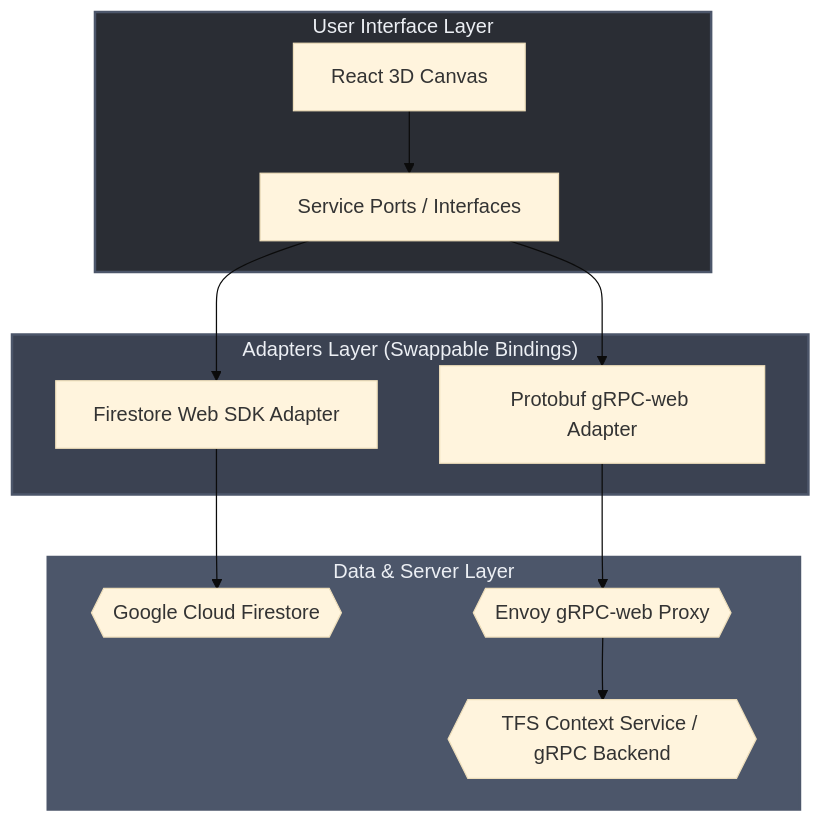
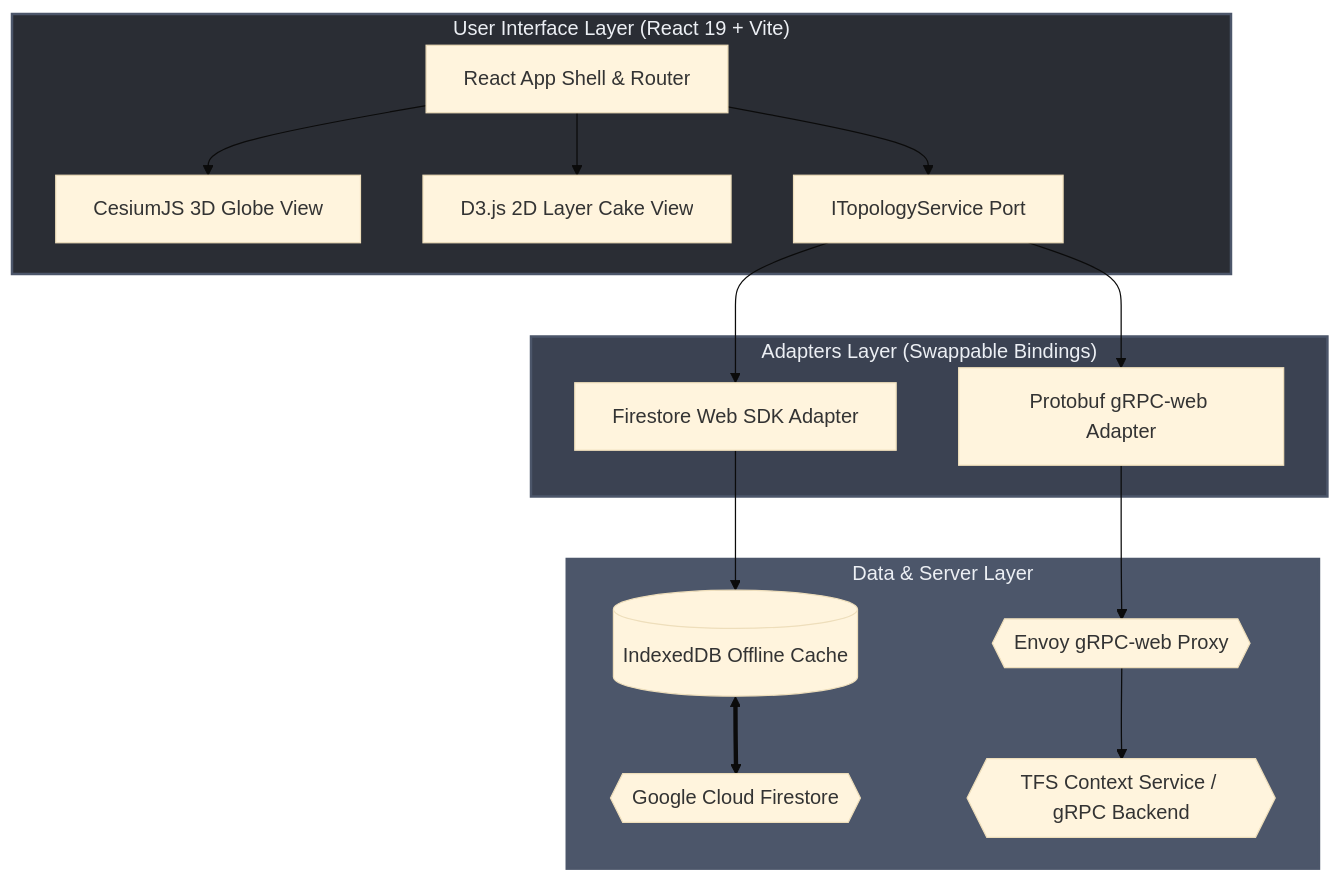
One commit to gintatkinson/digital-pipeline-repo changed the first of 2 diagrams in docs/decisions/react_firestore_deployment_blueprint.md. Above: the diagram before and after it, drawn with Mermaid (base theme). The commit also changed other lines of this file and 2 other files, not shown here.

Commit message:
docs: redesign deployment blueprint and profile for Option A (React Web-Centric Single Stack)

````diff
--- a/docs/decisions/react_firestore_deployment_blueprint.md
+++ b/docs/decisions/react_firestore_deployment_blueprint.md
@@ -13,21 +11,25 @@
 ```mermaid
 graph TD
-    subgraph UI ["User Interface Layer"]
-        ReactUI[React 3D Canvas] --> Ports[Service Ports / Interfaces]
+    subgraph UI ["User Interface Layer (React 19 + Vite)"]
+        ReactUI[React App Shell & Router] --> CesiumView[CesiumJS 3D Globe View]
+        ReactUI --> D3View[D3.js 2D Layer Cake View]
+        ReactUI --> Ports[ITopologyService Port]
     end
 
     subgraph Adapters ["Adapters Layer (Swappable Bindings)"]
         Ports --> FirestoreAdapter[Firestore Web SDK Adapter]
         Ports --> ProtoAdapter[Protobuf gRPC-web Adapter]
     end
 
     subgraph Data ["Data & Server Layer"]
-        FirestoreAdapter --> CloudFirestore{{Google Cloud Firestore}}
+        FirestoreAdapter --> LocalCache[(IndexedDB Offline Cache)]
+        LocalCache <==> CloudFirestore{{Google Cloud Firestore}}
+        
         ProtoAdapter --> EnvoyProxy{{Envoy gRPC-web Proxy}}
         EnvoyProxy --> ProtoBackend{{TFS Context Service / gRPC Backend}}
     end
     
     style UI fill:#2A2D34,stroke:#4C566A,stroke-width:2px,color:#ECEFF4
     style Adapters fill:#3B4252,stroke:#4C566A,stroke-width:2px,color:#ECEFF4
     style Data fill:#4C566A,stroke:#4C566A,stroke-width:2px,color:#ECEFF4
 ```
````
